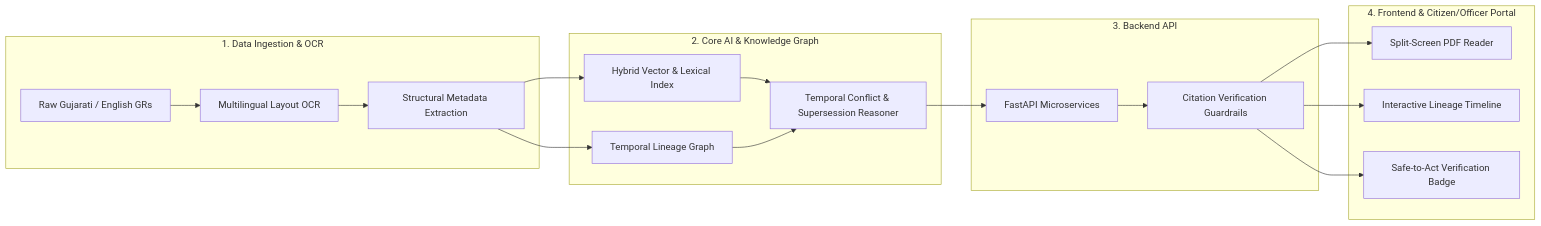
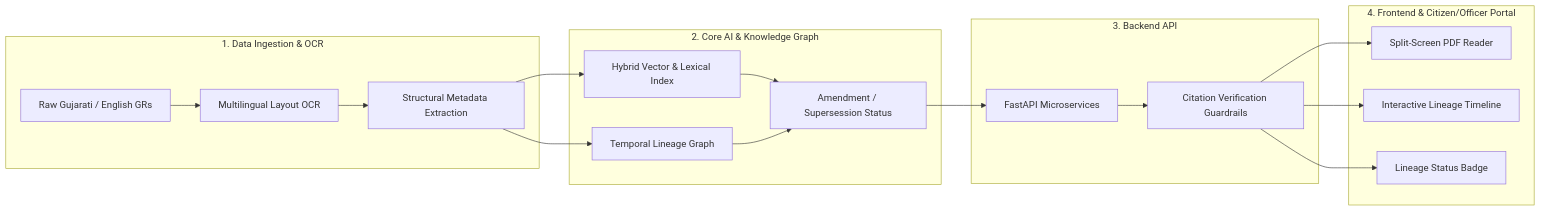
One commit to Vivek-Maheshwari-07/GovResolve-AI changed the second of 2 diagrams in README.md. Above: the diagram before and after it, drawn with Mermaid. The commit also changed other lines of this file and 13 other files, not shown here.

````diff
--- a/README.md
+++ b/README.md
@@ -54,24 +56,24 @@
 ```mermaid
 graph LR
     subgraph Ingestion ["1. Data Ingestion & OCR"]
         A1[Raw Gujarati / English GRs] --> A2[Multilingual Layout OCR]
         A2 --> A3[Structural Metadata Extraction]
     end
 
     subgraph Intelligence ["2. Core AI & Knowledge Graph"]
         A3 --> B1[Hybrid Vector & Lexical Index]
         A3 --> B2[Temporal Lineage Graph]
-        B1 & B2 --> B3[Temporal Conflict & Supersession Reasoner]
+        B1 & B2 --> B3[Amendment / Supersession Status]
     end
 
     subgraph Service ["3. Backend API"]
         B3 --> C1[FastAPI Microservices]
         C1 --> C2[Citation Verification Guardrails]
     end
 
     subgraph Interface ["4. Frontend & Citizen/Officer Portal"]
         C2 --> D1[Split-Screen PDF Reader]
         C2 --> D2[Interactive Lineage Timeline]
-        C2 --> D3[Safe-to-Act Verification Badge]
+        C2 --> D3[Lineage Status Badge]
     end
 ```
````
